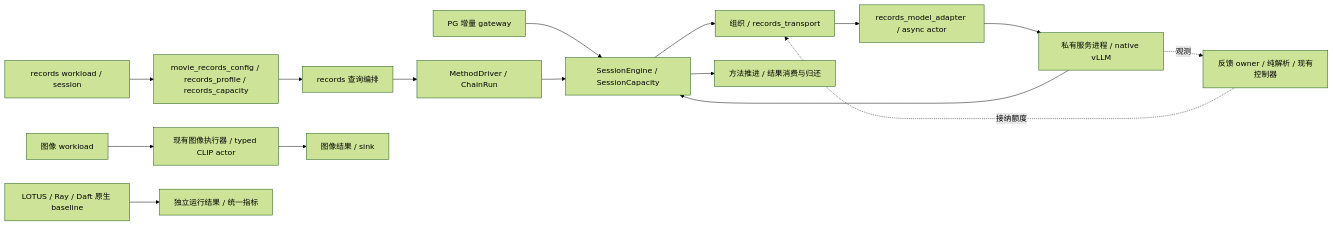
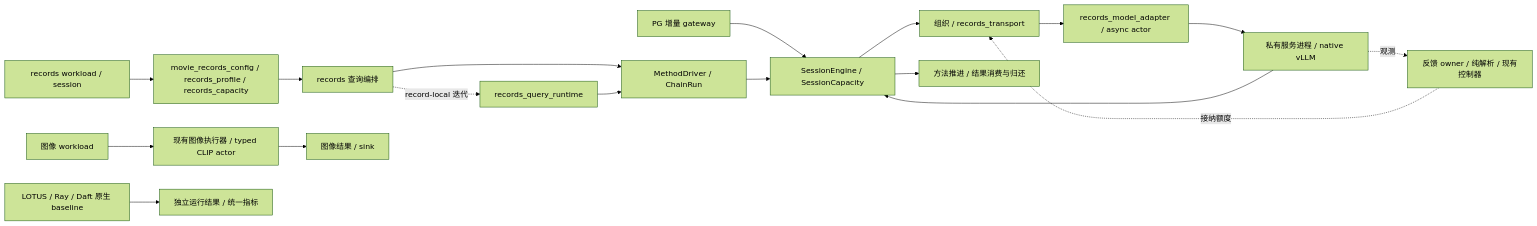
One commit to 3444374/ai-operator-execution-optimization changed the first of 2 diagrams in experiments/results/diagnostics/records_runtime_refactor_20261104/README.md. Above: the diagram before and after it, drawn with Mermaid (forest theme). The commit also changed other lines of this file and 227 other files, not shown here.

````diff
--- a/experiments/results/diagnostics/records_runtime_refactor_20261104/README.md
+++ b/experiments/results/diagnostics/records_runtime_refactor_20261104/README.md
@@ -15,18 +17,20 @@
 ```mermaid
 flowchart LR
     PG["PG 增量 gateway"] --> CORE["SessionEngine / SessionCapacity"]
     REC["records workload / session"] --> CFG["movie_records_config / records_profile / records_capacity"]
     CFG --> HOST["records 查询编排"]
     HOST --> METHOD["MethodDriver / ChainRun"]
+    HOST -. "record-local 迭代" .-> ITER["records_query_runtime"]
+    ITER --> METHOD
     METHOD --> CORE
     CORE --> HANDOFF["组织 / records_transport"]
     HANDOFF --> ACTOR["records_model_adapter / async actor"]
     ACTOR --> MODEL["私有服务进程 / native vLLM"]
     MODEL --> CORE
     CORE --> RESULT["方法推进 / 结果消费与归还"]
     MODEL -. "观测" .-> FEEDBACK["反馈 owner / 纯解析 / 现有控制器"]
     FEEDBACK -. "接纳额度" .-> HANDOFF
     IMG["图像 workload"] --> IMAGE["现有图像执行器 / typed CLIP actor"]
     IMAGE --> IMGRESULT["图像结果 / sink"]
     BASE["LOTUS / Ray / Daft 原生 baseline"] --> BASERESULT["独立运行结果 / 统一指标"]
 ```
````
